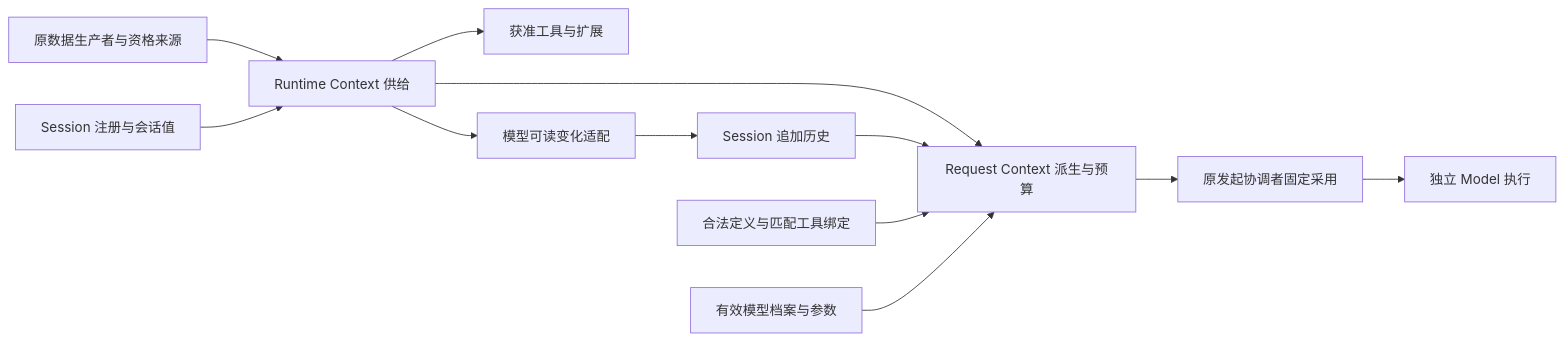
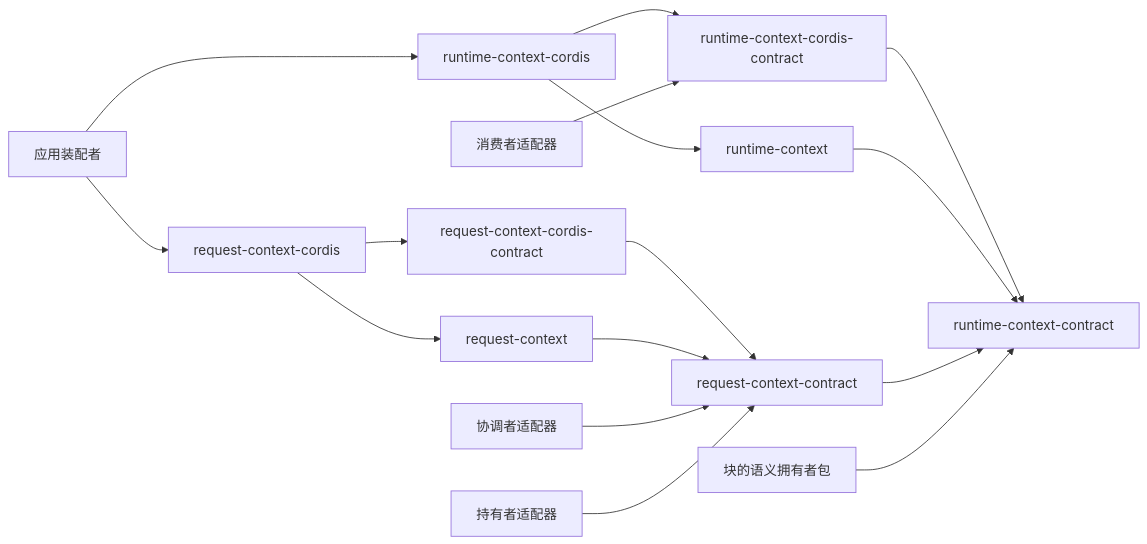
One commit to nemori-ai/omne-harness-lite changed the diagram in packages/context/docs/architecture.md. Above: the diagram before and after it, drawn with Mermaid. The commit also changed other lines of this file and 351 other files, not shown here.

````diff
--- a/packages/context/docs/architecture.md
+++ b/packages/context/docs/architecture.md
@@ -9,14 +18,19 @@
 ```mermaid
 flowchart LR
-    Producers[原数据生产者与资格来源] --> Supply[Runtime Context 供给]
-    Session[Session 注册与会话值] --> Supply
-    Supply --> Consumers[获准工具与扩展]
-    Supply --> Changes[模型可读变化适配]
-    Changes --> History[Session 追加历史]
-    Supply --> Request[Request Context 派生与预算]
-    History --> Request
-    Assembly[合法定义与匹配工具绑定] --> Request
-    Profile[有效模型档案与参数] --> Request
-    Request --> Initiator[原发起协调者固定采用]
-    Initiator --> Model[独立 Model 执行]
+  RCC[runtime-context-contract]
+  RCD[runtime-context-cordis-contract] --> RCC
+  RCI[runtime-context] --> RCC
+  RCP[runtime-context-cordis] --> RCD
+  RCP --> RCI
+  RQC[request-context-contract] --> RCC
+  RQD[request-context-cordis-contract] --> RQC
+  RQI[request-context] --> RQC
+  RQP[request-context-cordis] --> RQD
+  RQP --> RQI
+  Producers[块的语义拥有者包] --> RCC
+  Readers[消费者适配器] --> RCD
+  Coordinator[协调者适配器] --> RQC
+  Holder[持有者适配器] --> RQC
+  App[应用装配者] --> RCP
+  App --> RQP
 ```
````
